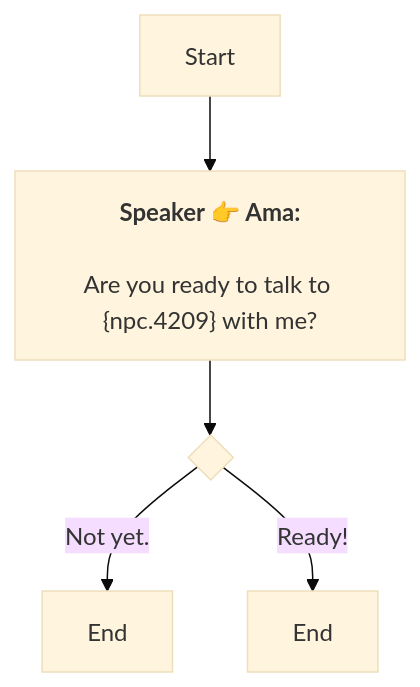
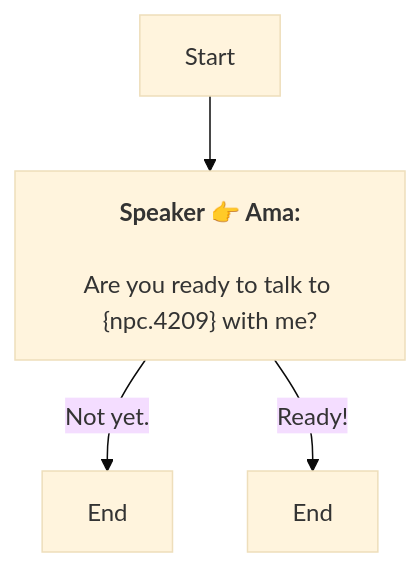
The diagram in En/AddDialogNode_1754301235927653.md (SoftHu/tos_avg), drawn with Mermaid (base theme) before and after one commit. The commit also changed 737 other files, not shown here.

````diff
--- a/En/AddDialogNode_1754301235927653.md
+++ b/En/AddDialogNode_1754301235927653.md
@@ -1,10 +1,8 @@
 ```mermaid
 graph
 Start -->1754301363364455[<b>Speaker 👉 Ama:</b>
+\nAre you ready to talk to &lbrace;npc.4209&rbrace; with me?]
+1754301363364455 -->|Not yet.|1754301458449005[End]
+1754301363364455 -->|Ready!|1754301463538286[End]
 
-Are you ready to talk to &lbrace;npc.4209&rbrace; with me?]
-1754301363364455 -->1754301443173992{ }
-1754301443173992 -->|Not yet.|1754301458449005[End]
-1754301443173992 -->|Ready!|1754301463538286[End]
-
- ```
+```
````
